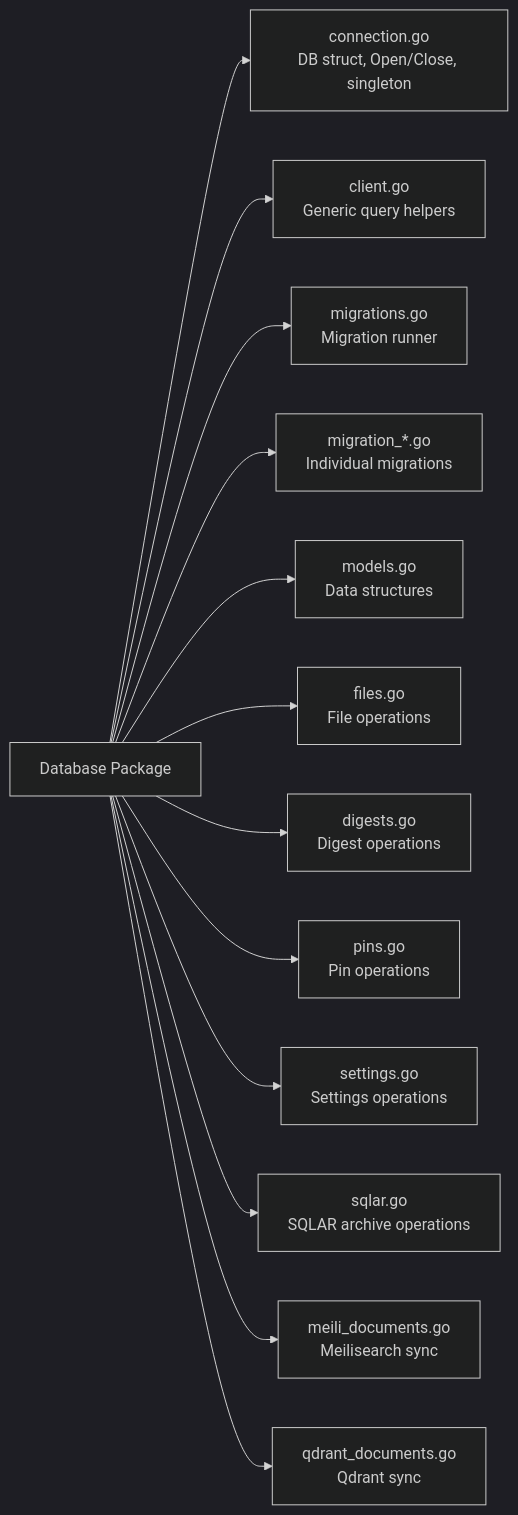
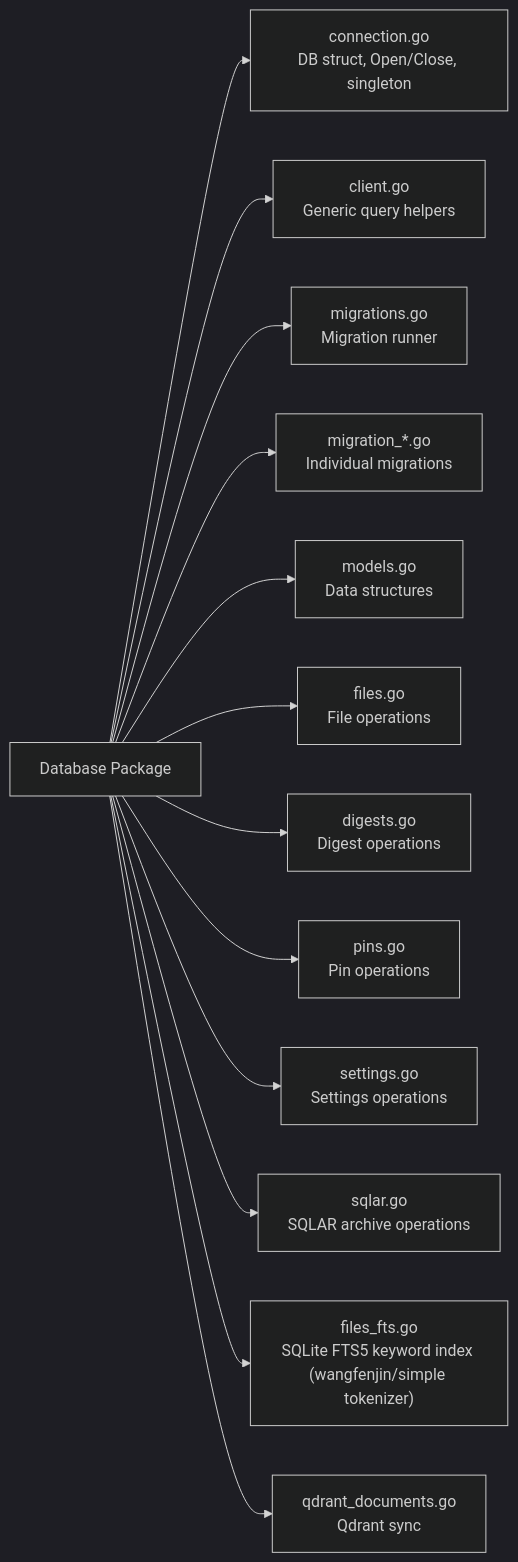
Before and after one commit to xiaoyuanzhu-com/my-life-db-docs: the diagram in src/content/docs/internal/components/database-layer.md, drawn with Mermaid (dark theme). The commit also changed other lines of this file and 17 other files, not shown here.

First line of the commit message:
docs: replace Meilisearch with SQLite FTS5 throughout

````diff
--- a/src/content/docs/internal/components/database-layer.md
+++ b/src/content/docs/internal/components/database-layer.md
@@ -11,15 +11,15 @@
 ```mermaid
 graph LR
     DB["Database Package"] --> connection["connection.go\nDB struct, Open/Close, singleton"]
     DB --> client["client.go\nGeneric query helpers"]
     DB --> migrations["migrations.go\nMigration runner"]
     DB --> migration_["migration_*.go\nIndividual migrations"]
     DB --> models["models.go\nData structures"]
     DB --> files["files.go\nFile operations"]
     DB --> digests["digests.go\nDigest operations"]
     DB --> pins["pins.go\nPin operations"]
     DB --> settings["settings.go\nSettings operations"]
     DB --> sqlar["sqlar.go\nSQLAR archive operations"]
-    DB --> meili["meili_documents.go\nMeilisearch sync"]
+    DB --> fts["files_fts.go\nSQLite FTS5 keyword index (wangfenjin/simple tokenizer)"]
     DB --> qdrant["qdrant_documents.go\nQdrant sync"]
 ```
````
